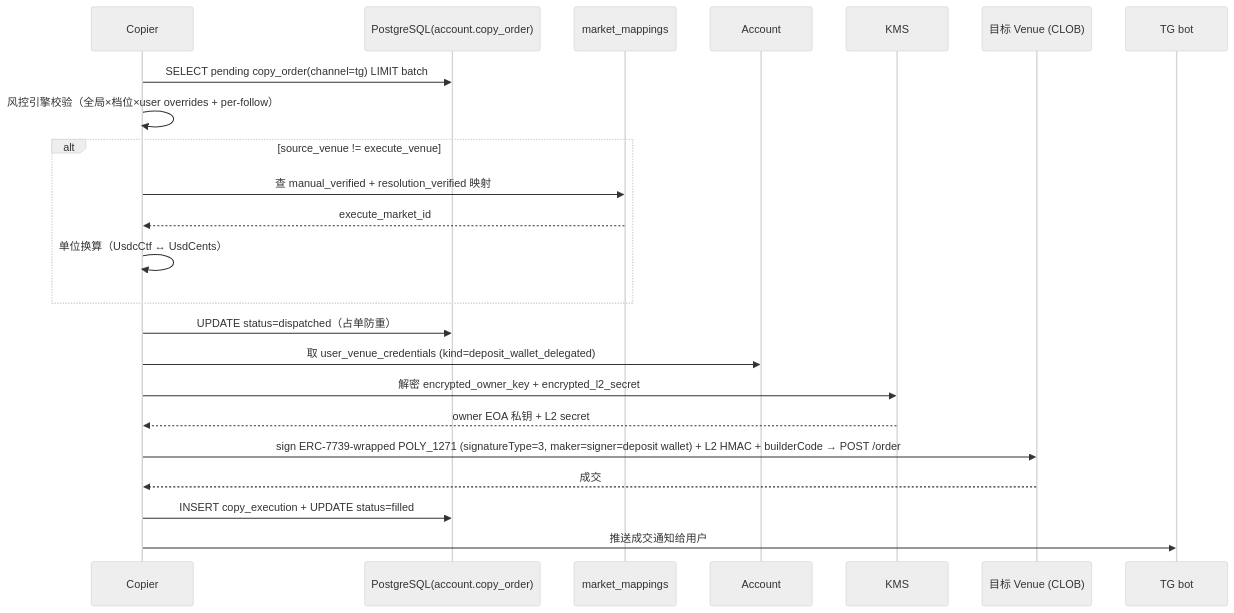
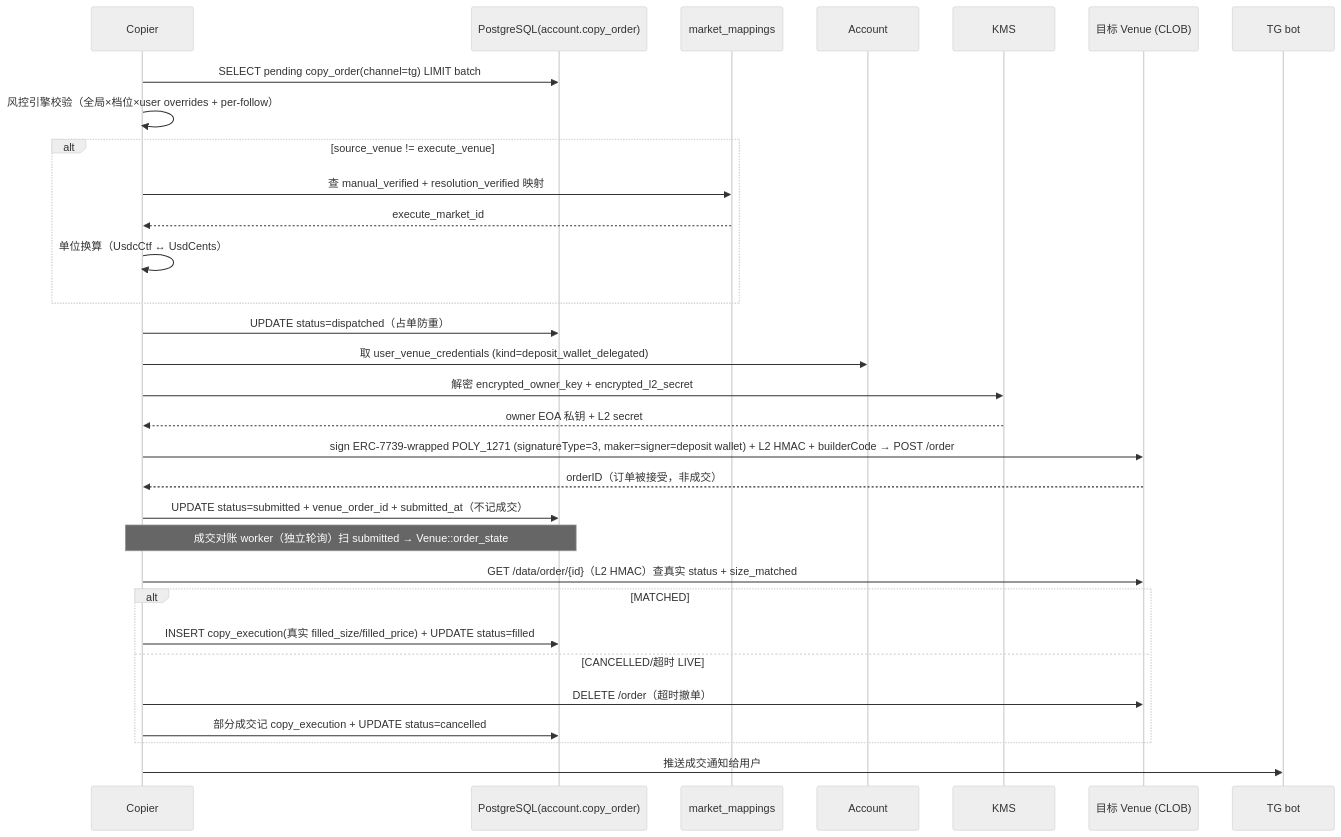
One commit to laoshalab/sharpside changed the sixth of 9 diagrams in docs/FLOWS.md. Above: the diagram before and after it, drawn with Mermaid (neutral theme). The commit also changed 14 other files, not shown here.

First line of the commit message:
feat(copier): P0 成交对账 worker，替代"提交即记全成"

````diff
--- a/docs/FLOWS.md
+++ b/docs/FLOWS.md
@@ -102,25 +102,33 @@
 ```mermaid
 sequenceDiagram
   participant CPY as Copier
   participant DB as PostgreSQL(account.copy_order)
   participant MAP as market_mappings
   participant ACC as Account
   participant KMS as KMS
   participant V as 目标 Venue (CLOB)
   participant TG as TG bot
   CPY->>DB: SELECT pending copy_order(channel=tg) LIMIT batch
   CPY->>CPY: 风控引擎校验（全局×档位×user overrides + per-follow）
   alt source_venue != execute_venue
     CPY->>MAP: 查 manual_verified + resolution_verified 映射
     MAP-->>CPY: execute_market_id
     CPY->>CPY: 单位换算（UsdcCtf ↔ UsdCents）
   end
   CPY->>DB: UPDATE status=dispatched（占单防重）
   CPY->>ACC: 取 user_venue_credentials (kind=deposit_wallet_delegated)
   CPY->>KMS: 解密 encrypted_owner_key + encrypted_l2_secret
   KMS-->>CPY: owner EOA 私钥 + L2 secret
   CPY->>V: sign ERC-7739-wrapped POLY_1271 (signatureType=3, maker=signer=deposit wallet) + L2 HMAC + builderCode → POST /order
-  V-->>CPY: 成交
-  CPY->>DB: INSERT copy_execution + UPDATE status=filled
+  V-->>CPY: orderID（订单被接受，非成交）
+  CPY->>DB: UPDATE status=submitted + venue_order_id + submitted_at（不记成交）
+  Note over CPY,DB: 成交对账 worker（独立轮询）扫 submitted → Venue::order_state
+  CPY->>V: GET /data/order/{id}（L2 HMAC）查真实 status + size_matched
+  alt MATCHED
+    CPY->>DB: INSERT copy_execution(真实 filled_size/filled_price) + UPDATE status=filled
+  else CANCELLED/超时 LIVE
+    CPY->>V: DELETE /order（超时撤单）
+    CPY->>DB: 部分成交记 copy_execution + UPDATE status=cancelled
+  end
   CPY->>TG: 推送成交通知给用户
 ```
````
